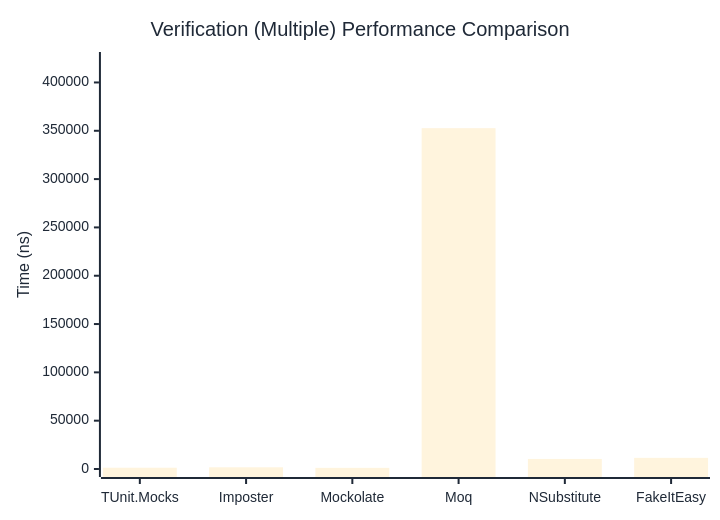
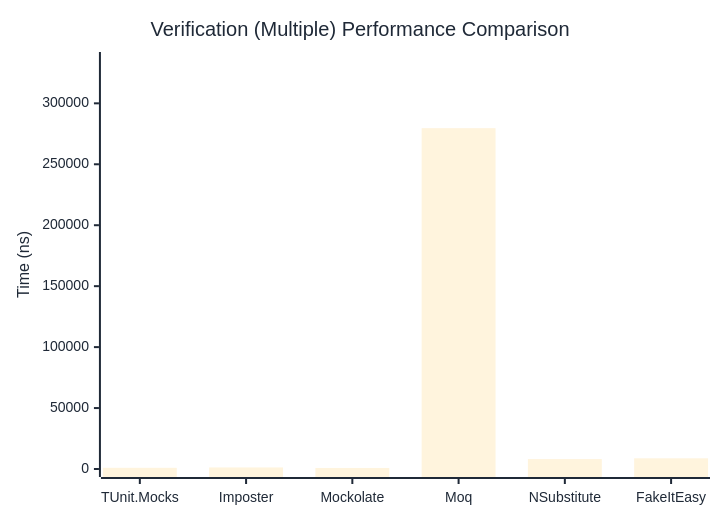
One commit to thomhurst/TUnit changed the third of 3 diagrams in docs/docs/benchmarks/mocks/Verification.md. Above: the diagram before and after it, drawn with Mermaid. The commit also changed other lines of this file and 14 other files, not shown here.

````diff
--- a/docs/docs/benchmarks/mocks/Verification.md
+++ b/docs/docs/benchmarks/mocks/Verification.md
@@ -112,27 +112,27 @@
 ```mermaid
 %%{init: {
   'theme':'base',
   'themeVariables': {
     'primaryColor': '#2563eb',
     'primaryTextColor': '#1f2937',
     'primaryBorderColor': '#1e40af',
     'lineColor': '#6b7280',
     'secondaryColor': '#7c3aed',
     'tertiaryColor': '#dc2626',
     'background': '#ffffff',
     'pie1': '#2563eb',
     'pie2': '#7c3aed',
     'pie3': '#dc2626',
     'pie4': '#f59e0b',
     'pie5': '#10b981',
     'pie6': '#06b6d4',
     'pie7': '#ec4899',
     'pie8': '#6366f1'
   }
 }}%%
 xychart-beta
   title "Verification (Multiple) Performance Comparison"
   x-axis ["TUnit.Mocks", "Imposter", "Mockolate", "Moq", "NSubstitute", "FakeItEasy"]
-  y-axis "Time (ns)" 0 --> 423242
-  bar [1322.76, 1750.4, 1191.74, 352701.37, 10407.19, 11533.65]
+  y-axis "Time (ns)" 0 --> 335552
+  bar [957.57, 1280.74, 863.58, 279626.41, 8150.31, 8769.62]
 ```
````
